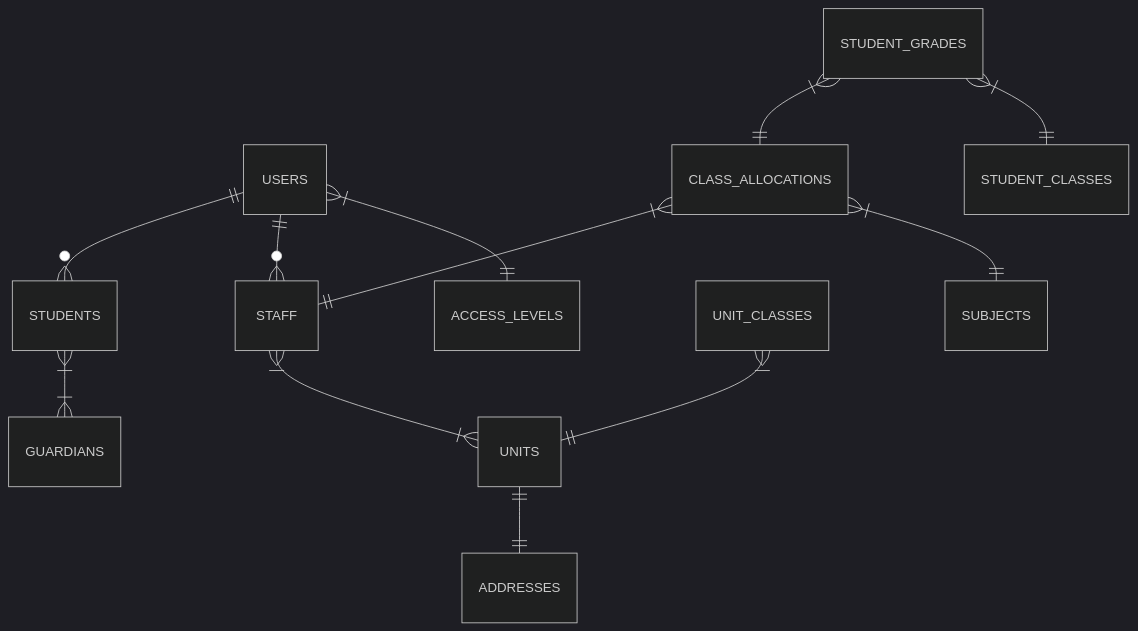
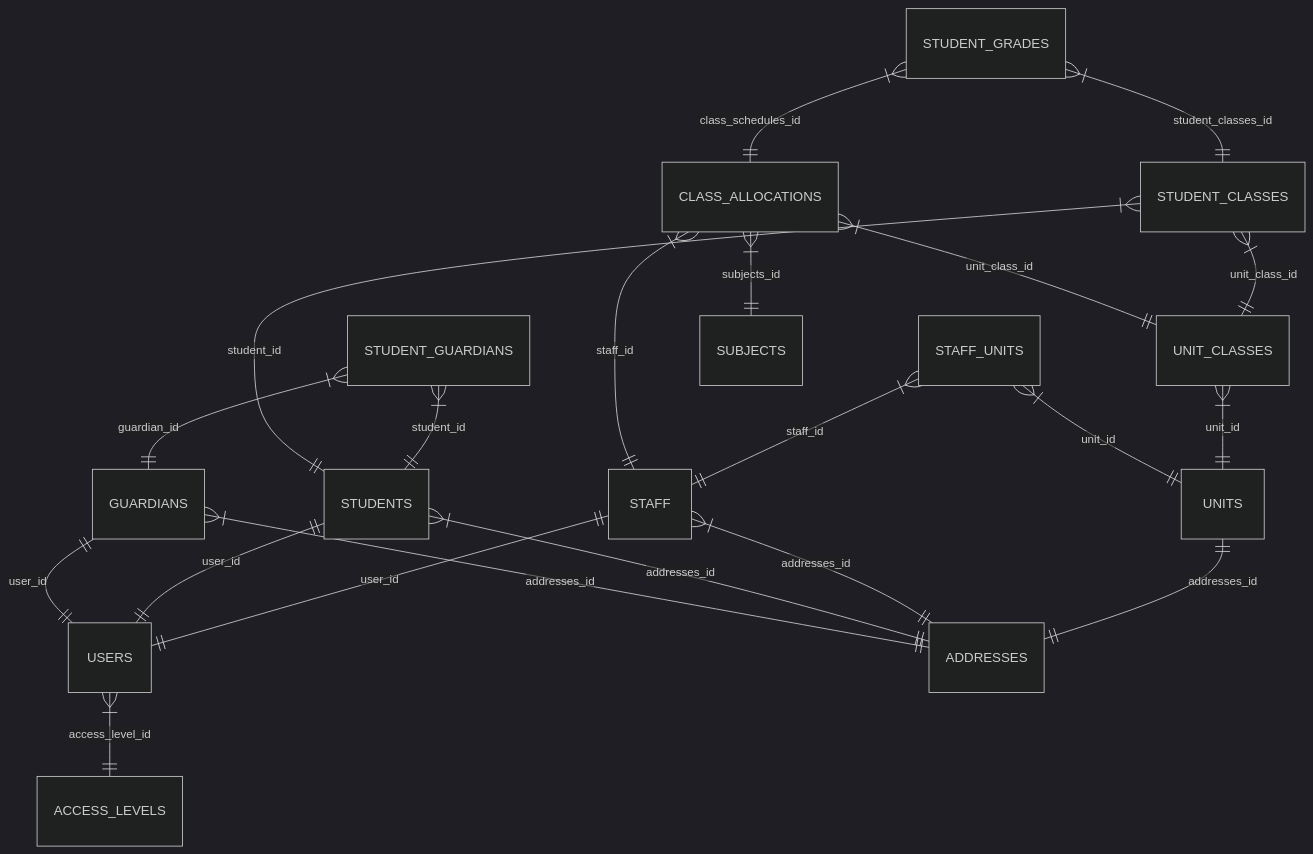
The diagram in README.md (rodrigo-norys/student-management-system), drawn with Mermaid (dark theme) before and after one commit. The commit also changed other lines of this file, not shown here.

````diff
--- a/README.md
+++ b/README.md
@@ -25,19 +57,32 @@
 ```mermaid
 erDiagram
-    %% TIER 1: SYSTEM
-    USERS ||--o{ STUDENTS : ""
-    USERS ||--o{ STAFF : ""
-    USERS }|--|| ACCESS_LEVELS : ""
+    %% TIER 1: SYSTEM & BASE
+    USERS }|--|| ACCESS_LEVELS : "access_level_id"
+    UNITS ||--|| ADDRESSES : "addresses_id"
 
-    %% TIER 2: PROFILES
-    UNITS ||--|| ADDRESSES : ""
-    STUDENTS }|--|{ GUARDIANS : ""
-    STAFF }|--|{ UNITS : ""
+    %% TIER 2: ACTORS (Links com User e Address)
+    STAFF ||--|| USERS : "user_id"
+    STAFF }|--|| ADDRESSES : "addresses_id"
+    STUDENTS ||--|| USERS : "user_id"
+    STUDENTS }|--|| ADDRESSES : "addresses_id"
+    GUARDIANS ||--|| USERS : "user_id"
+    GUARDIANS }|--|| ADDRESSES : "addresses_id"
 
-    %% TIER 3 & 4: ACADEMIC & OPERATIONS
-    UNIT_CLASSES }|--|| UNITS : ""
-    CLASS_ALLOCATIONS }|--|| STAFF : ""
-    CLASS_ALLOCATIONS }|--|| SUBJECTS : ""
-    STUDENT_GRADES }|--|| CLASS_ALLOCATIONS : ""
-    STUDENT_GRADES }|--|| STUDENT_CLASSES : ""
+    %% TIER 3: STRUCTURE & LINKS
+    UNIT_CLASSES }|--|| UNITS : "unit_id"
+    STAFF_UNITS }|--|| STAFF : "staff_id"
+    STAFF_UNITS }|--|| UNITS : "unit_id"
+    STUDENT_GUARDIANS }|--|| STUDENTS : "student_id"
+    STUDENT_GUARDIANS }|--|| GUARDIANS : "guardian_id"
+
+    %% TIER 4: OPERATIONS & ALLOCATIONS
+    STUDENT_CLASSES }|--|| UNIT_CLASSES : "unit_class_id"
+    STUDENT_CLASSES }|--|| STUDENTS : "student_id"
+    CLASS_ALLOCATIONS }|--|| STAFF : "staff_id"
+    CLASS_ALLOCATIONS }|--|| UNIT_CLASSES : "unit_class_id"
+    CLASS_ALLOCATIONS }|--|| SUBJECTS : "subjects_id"
+
+    %% TIER 5: RESULTS
+    STUDENT_GRADES }|--|| CLASS_ALLOCATIONS : "class_schedules_id"
+    STUDENT_GRADES }|--|| STUDENT_CLASSES : "student_classes_id"
 ```
````
